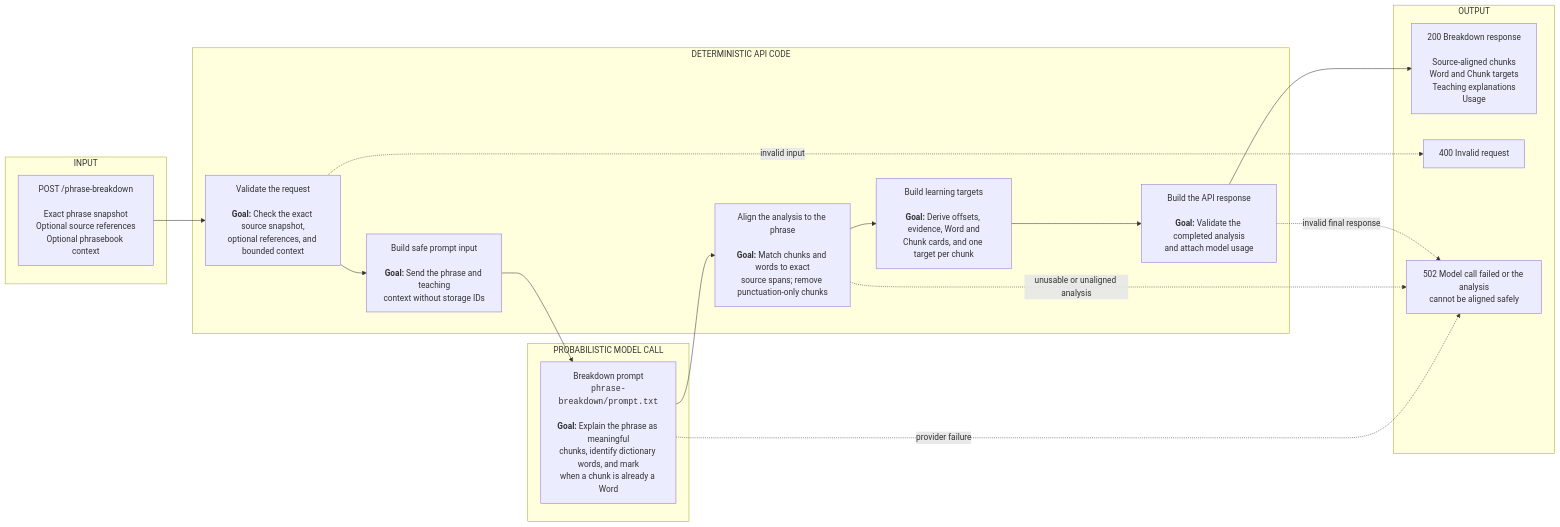
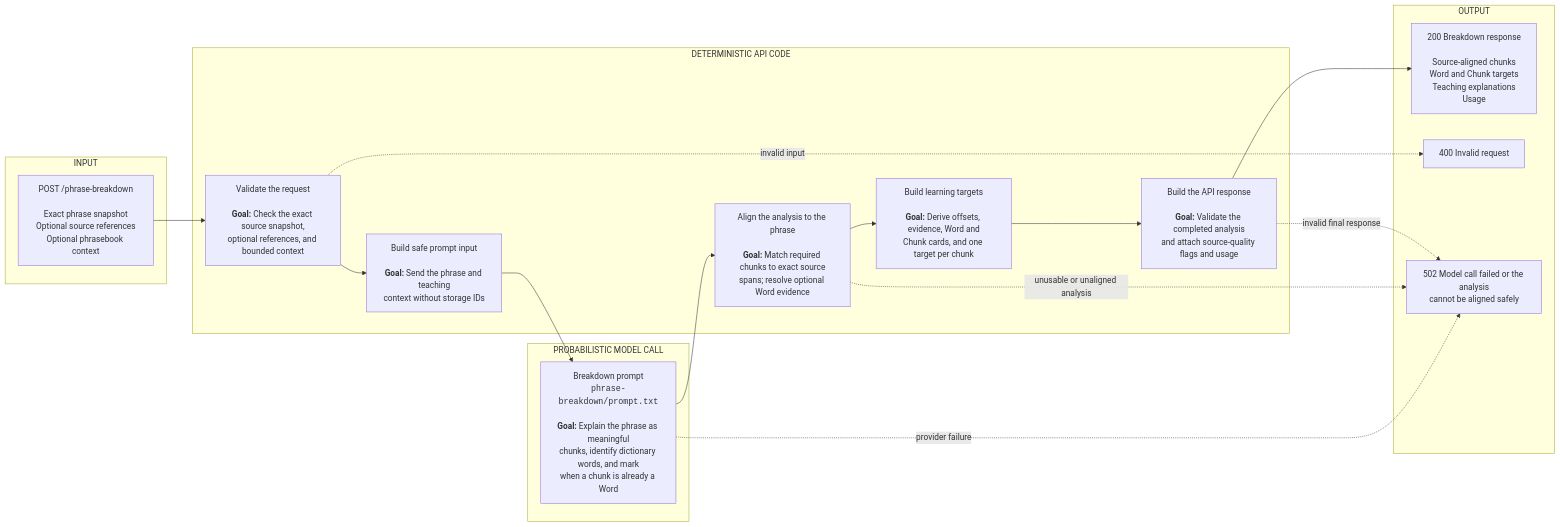
Before and after one commit to fightinjoe/loudmouth: the third of 4 diagrams in docs/API_DESIGN.md, drawn with Mermaid. The commit also changed other lines of this file and 8 other files, not shown here.

````diff
--- a/docs/API_DESIGN.md
+++ b/docs/API_DESIGN.md
@@ -307,37 +307,37 @@
 ```mermaid
 flowchart LR
     subgraph INPUT["INPUT"]
         A["POST /phrase-breakdown<br/><br/>Exact phrase snapshot<br/>Optional source references<br/>Optional phrasebook context"]
     end
 
     subgraph CODE["DETERMINISTIC API CODE"]
         B["Validate the request<br/><br/><b>Goal:</b> Check the exact source snapshot,<br/>optional references, and bounded context"]
         C["Build safe prompt input<br/><br/><b>Goal:</b> Send the phrase and teaching<br/>context without storage IDs"]
-        E["Align the analysis to the phrase<br/><br/><b>Goal:</b> Match chunks and words to exact<br/>source spans; remove punctuation-only chunks"]
+        E["Align the analysis to the phrase<br/><br/><b>Goal:</b> Match required chunks to exact source<br/>spans; resolve optional Word evidence"]
         F["Build learning targets<br/><br/><b>Goal:</b> Derive offsets, evidence, Word and<br/>Chunk cards, and one target per chunk"]
-        G["Build the API response<br/><br/><b>Goal:</b> Validate the completed analysis<br/>and attach model usage"]
+        G["Build the API response<br/><br/><b>Goal:</b> Validate the completed analysis<br/>and attach source-quality flags and usage"]
     end
 
     subgraph PROMPT["PROBABILISTIC MODEL CALL"]
         D["Breakdown prompt<br/><code>phrase-breakdown/prompt.txt</code><br/><br/><b>Goal:</b> Explain the phrase as meaningful<br/>chunks, identify dictionary words, and mark<br/>when a chunk is already a Word"]
     end
 
     subgraph OUTPUT["OUTPUT"]
         H["200 Breakdown response<br/><br/>Source-aligned chunks<br/>Word and Chunk targets<br/>Teaching explanations<br/>Usage"]
         I["400 Invalid request"]
         J["502 Model call failed or the analysis<br/>cannot be aligned safely"]
     end
 
     A --> B
     B --> C
     C --> D
     D --> E
     E --> F
     F --> G
     G --> H
 
     B -. invalid input .-> I
     D -. provider failure .-> J
     E -. unusable or unaligned analysis .-> J
     G -. invalid final response .-> J
 ```
````
